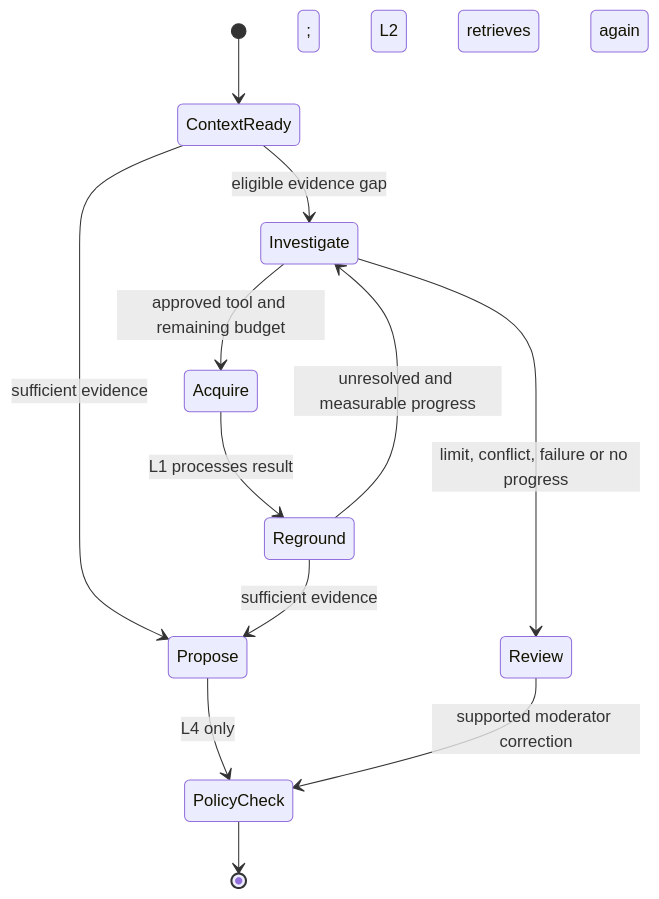
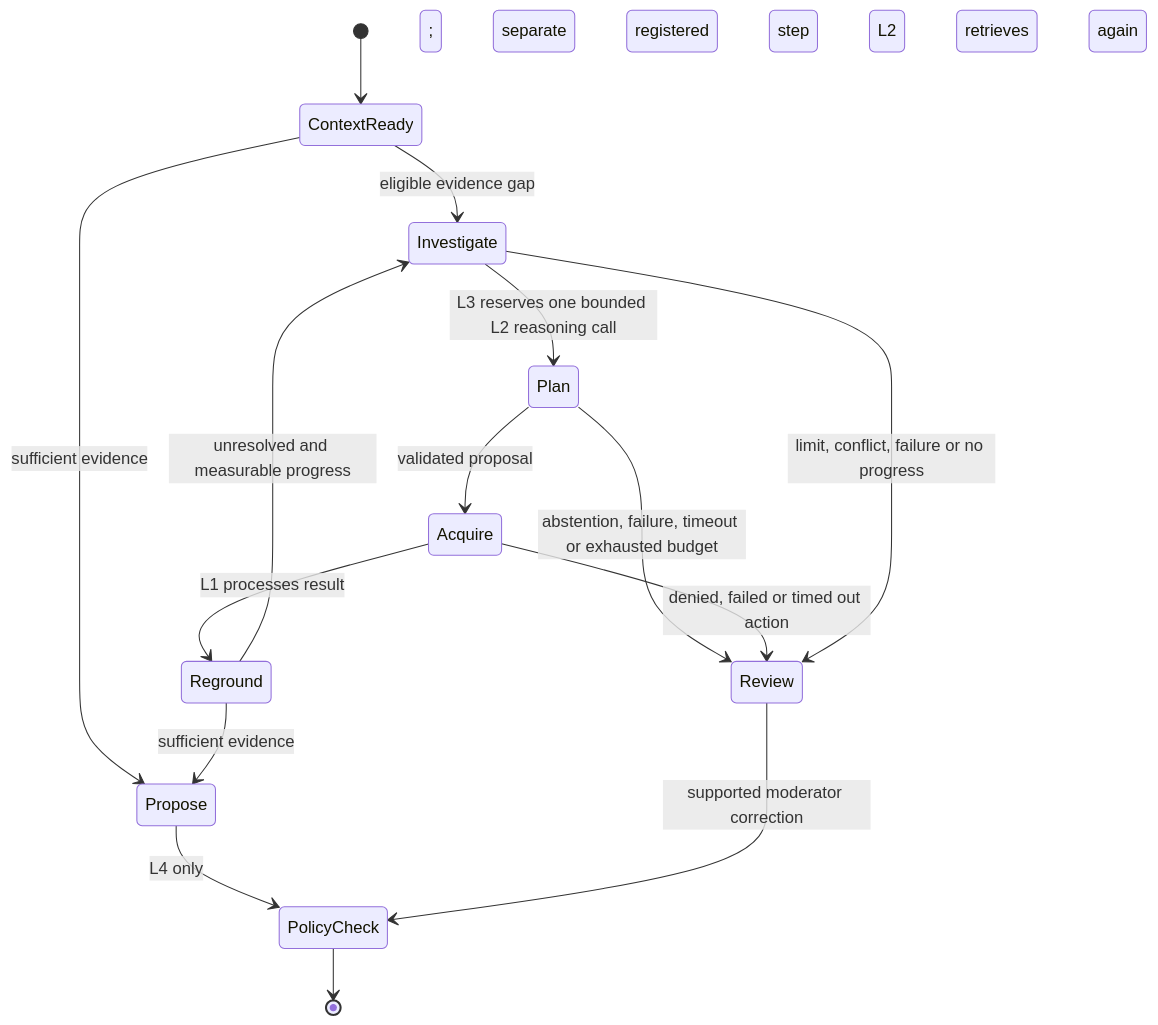
One commit to Asassinoooo/Waspada-Jakarta changed the second of 2 diagrams in ARCHITECTURE.md. Above: the diagram before and after it, drawn with Mermaid. The commit also changed other lines of this file and 6 other files, not shown here.

Commit message:
docs(L3-REASONING-STEP-CORE): assign budgeted planner call

````diff
--- a/ARCHITECTURE.md
+++ b/ARCHITECTURE.md
@@ -92,14 +92,17 @@
 ```mermaid
 stateDiagram-v2
   [*] --> ContextReady
   ContextReady --> Propose: sufficient evidence
   ContextReady --> Investigate: eligible evidence gap
-  Investigate --> Acquire: approved tool and remaining budget
+  Investigate --> Plan: L3 reserves one bounded L2 reasoning call
+  Plan --> Acquire: validated proposal; separate registered step
+  Plan --> Review: abstention, failure, timeout or exhausted budget
+  Acquire --> Review: denied, failed or timed out action
   Acquire --> Reground: L1 processes result; L2 retrieves again
   Reground --> Investigate: unresolved and measurable progress
   Reground --> Propose: sufficient evidence
   Investigate --> Review: limit, conflict, failure or no progress
   Propose --> PolicyCheck: L4 only
   Review --> PolicyCheck: supported moderator correction
   PolicyCheck --> [*]
 ```
````
